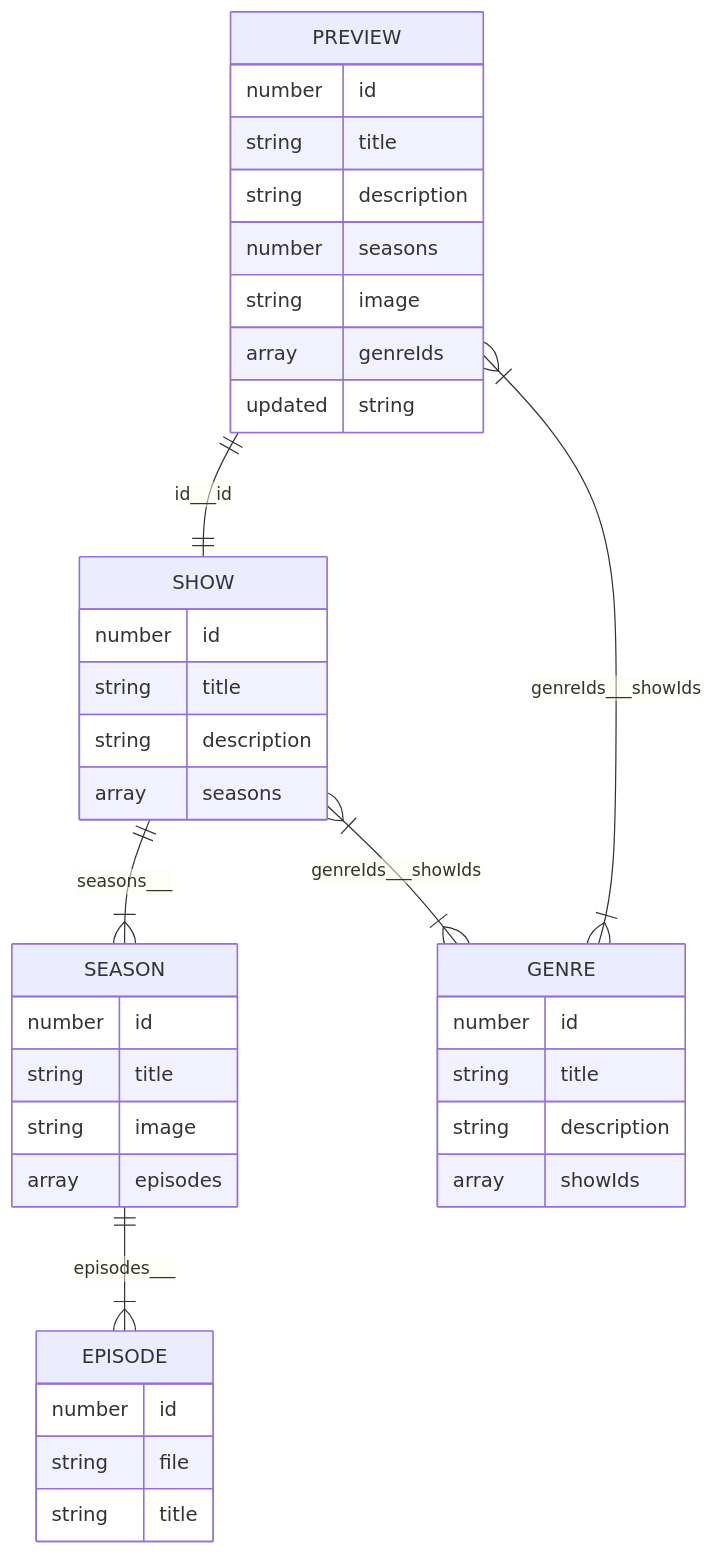
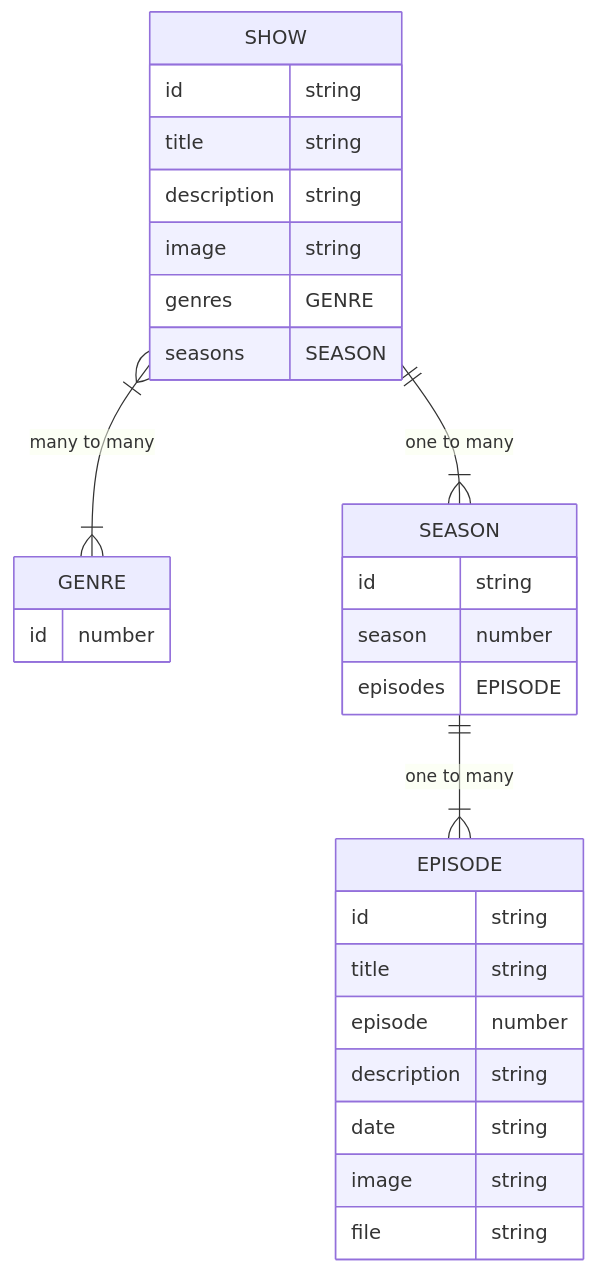
Before and after one commit to schalkventer/epic-stream-api: the diagram in README.md, drawn with Mermaid. The commit also changed other lines of this file and 254 other files, not shown here.

````diff
--- a/README.md
+++ b/README.md
@@ -25,47 +37,36 @@
 ```mermaid
 erDiagram
+    SHOW {
+        id string
+        title string
+        description string
+        image string
+        genres GENRE
+        seasons SEASON
+    }
 
-PREVIEW {
-    number id
-    string title
-    string description
-		number seasons
-		string image
-		array genreIds
-		updated string
-}
+    GENRE {
+        id number
+    }
 
-SHOW {
-    number id
-    string title
-    string description
-		array seasons
-}
+    SEASON {
+        id string
+        season number
+        episodes EPISODE
+    }
 
-SEASON {
-  number id
-	string title
-	string image
-	array episodes
-}
+    EPISODE {
+        id string
+        title string
+        episode number
+        description string
+        date string
+        image string
+        file string
+    }
 
-EPISODE {
-	number id
-	string file
-	string title
-}
-
-GENRE {
-	number id
-	string title
-	string description
-	array showIds
-}
-
-PREVIEW ||--|| SHOW: id___id
-PREVIEW }|--|{ GENRE: genreIds___showIds
-SHOW }|--|{ GENRE: genreIds___showIds
-SHOW ||--|{ SEASON: seasons___
-SEASON ||--|{ EPISODE: episodes___
+    SHOW }|--|{ GENRE : "many to many"
+    SHOW ||--|{ SEASON : "one to many"
+    SEASON ||--|{ EPISODE : "one to many"
 
 ```
````
